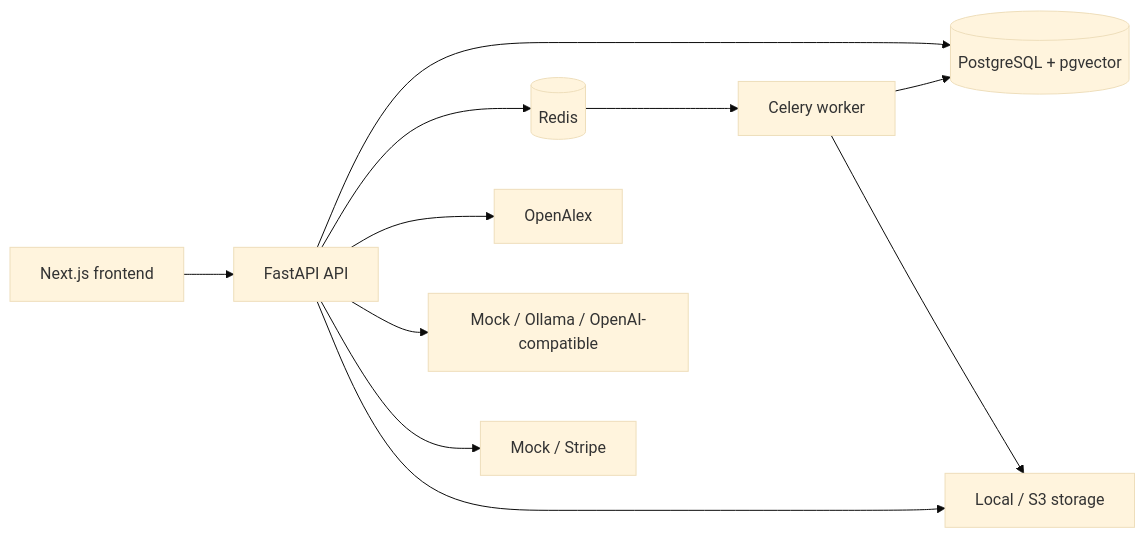
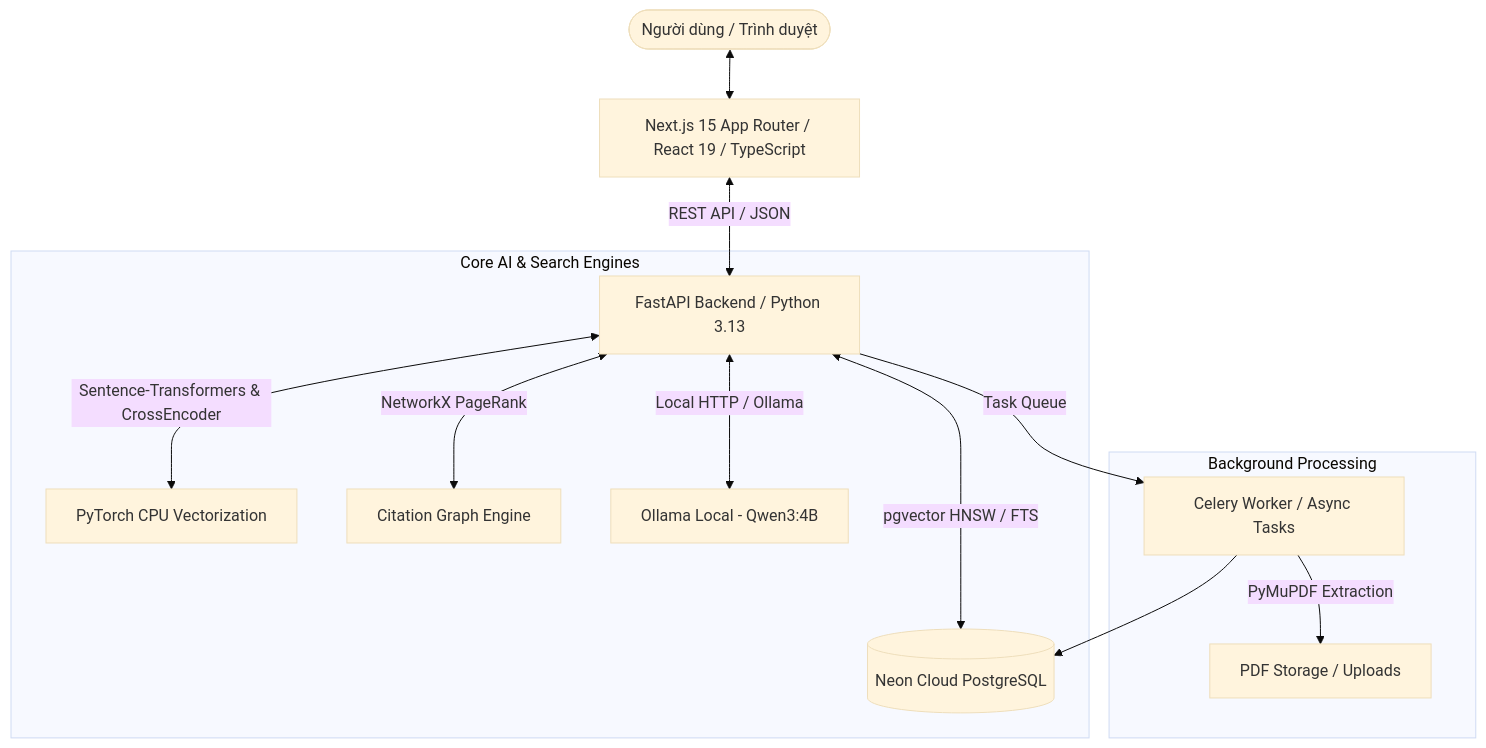
The diagram in README.md (ngtd-2609/OpenResearch-Graph), drawn with Mermaid (base theme) before and after one commit. The commit also changed other lines of this file and 4 other files, not shown here.

````diff
--- a/README.md
+++ b/README.md
@@ -61,13 +31,18 @@
 ```mermaid
-flowchart LR
-    UI[Next.js frontend] --> API[FastAPI API]
-    API --> PG[(PostgreSQL + pgvector)]
-    API --> REDIS[(Redis)]
-    REDIS --> WORKER[Celery worker]
-    WORKER --> PG
-    API --> OA[OpenAlex]
-    API --> LLM[Mock / Ollama / OpenAI-compatible]
-    API --> BILLING[Mock / Stripe]
-    API --> STORE[Local / S3 storage]
-    WORKER --> STORE
+flowchart TD
+    User([Người dùng / Trình duyệt]) <--> Frontend[Next.js 15 App Router / React 19 / TypeScript]
+    Frontend <--> |REST API / JSON| Backend[FastAPI Backend / Python 3.13]
+    
+    subgraph Core AI & Search Engines
+        Backend <--> |pgvector HNSW / FTS| DB[(Neon Cloud PostgreSQL)]
+        Backend <--> |Sentence-Transformers & CrossEncoder| ML[PyTorch CPU Vectorization]
+        Backend <--> |NetworkX PageRank| GraphEngine[Citation Graph Engine]
+        Backend <--> |Local HTTP / Ollama| LLM[Ollama Local - Qwen3:4B]
+    end
+    
+    subgraph Background Processing
+        Backend --> |Task Queue| CeleryWorker[Celery Worker / Async Tasks]
+        CeleryWorker --> |PyMuPDF Extraction| Storage[PDF Storage / Uploads]
+        CeleryWorker --> DB
+    end
 ```
````
